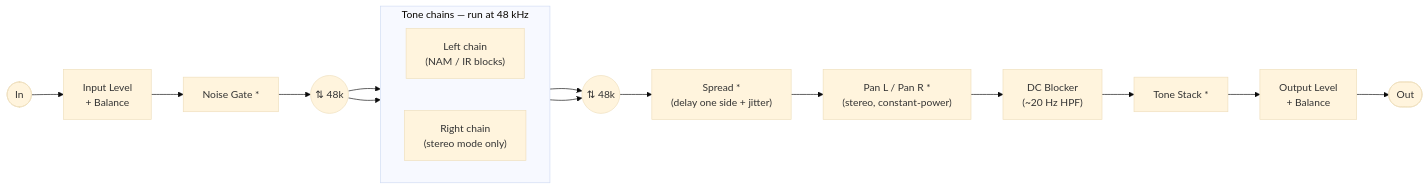
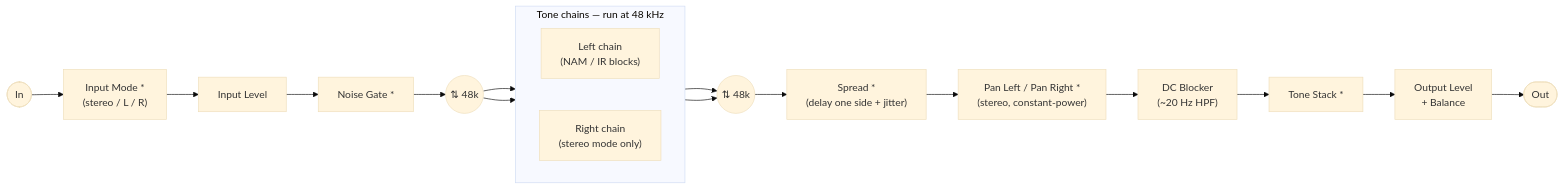
The first of 2 diagrams in README.md (tone-3000/tone3000-plugin), drawn with Mermaid (base theme) before and after one commit. The commit also changed other lines of this file and 38 other files, not shown here.

````diff
--- a/README.md
+++ b/README.md
@@ -191,21 +191,22 @@
 ```mermaid
 flowchart LR
-    IN([In]) --> IG["Input Level<br/>+ Balance"]
+    IN([In]) --> IM["Input Mode&nbsp;*<br/>(stereo / L / R)"]
+    IM --> IG["Input Level"]
     IG --> GATE["Noise Gate&nbsp;*"]
     GATE --> RS(("⇅ 48k"))
     subgraph CHAINS["Tone chains — run at 48 kHz"]
         direction LR
         CL["Left chain<br/>(NAM / IR blocks)"]
         CR["Right chain<br/>(stereo mode only)"]
     end
     RS --> CL
     RS --> CR
     CL --> RS2(("⇅ 48k"))
     CR --> RS2
     RS2 --> SPREAD["Spread&nbsp;*<br/>(delay one side + jitter)"]
-    SPREAD --> PAN["Pan L / Pan R&nbsp;*<br/>(stereo, constant-power)"]
+    SPREAD --> PAN["Pan Left / Pan Right&nbsp;*<br/>(stereo, constant-power)"]
     PAN --> DCB["DC Blocker<br/>(~20 Hz HPF)"]
     DCB --> TS["Tone Stack&nbsp;*"]
     TS --> OG["Output Level<br/>+ Balance"]
     OG --> OUT([Out])
 ```
````
